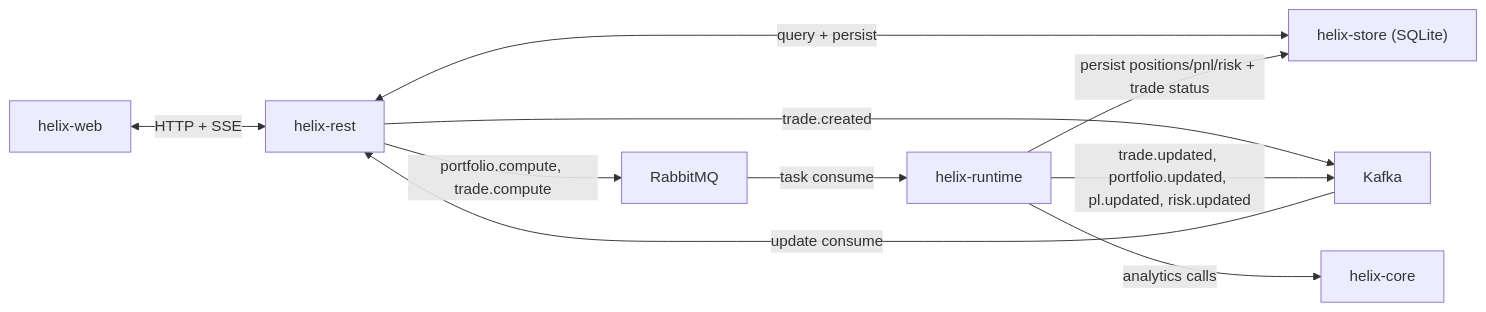
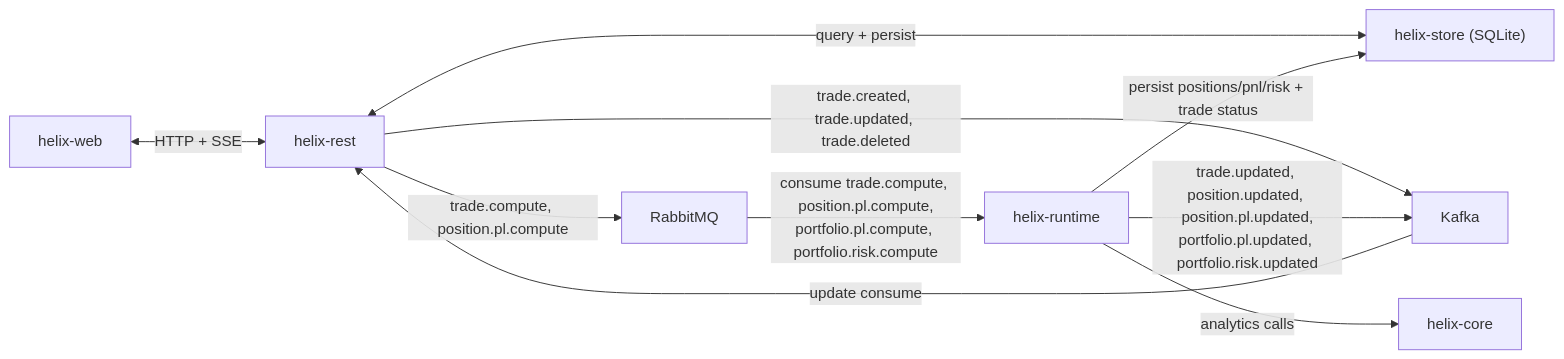
One commit to a4shubert/helix changed the diagram in docs/architecture.mmd. Above: the diagram before and after it, drawn with Mermaid. The commit also changed 10 other files, not shown here.

Commit message:
updated for documentation diagram

```diff
--- a/docs/architecture.mmd
+++ b/docs/architecture.mmd
@@ -1,21 +1,21 @@
 flowchart LR
     web["helix-web"]
     rest["helix-rest"]
     runtime["helix-runtime"]
     core["helix-core"]
     store["helix-store (SQLite)"]
     kafka["Kafka"]
     rabbit["RabbitMQ"]
 
     web <--> |HTTP + SSE| rest
     rest <--> |query + persist| store
 
-    rest --> |trade.created| kafka
-    rest --> |portfolio.compute, trade.compute| rabbit
+    rest --> |trade.created, trade.updated, trade.deleted| kafka
+    rest --> |trade.compute, position.pl.compute| rabbit
 
-    rabbit --> |task consume| runtime
+    rabbit --> |consume trade.compute, position.pl.compute,<br/>portfolio.pl.compute, portfolio.risk.compute| runtime
     runtime --> |analytics calls| core
     runtime --> |persist positions/pnl/risk + trade status| store
-    runtime --> |trade.updated, portfolio.updated, pl.updated, risk.updated| kafka
+    runtime --> |trade.updated, position.updated, position.pl.updated,<br/>portfolio.pl.updated, portfolio.risk.updated| kafka
 
     kafka --> |update consume| rest
```
